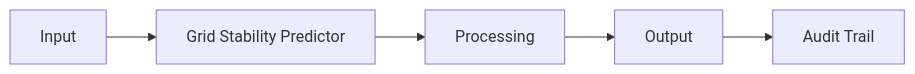
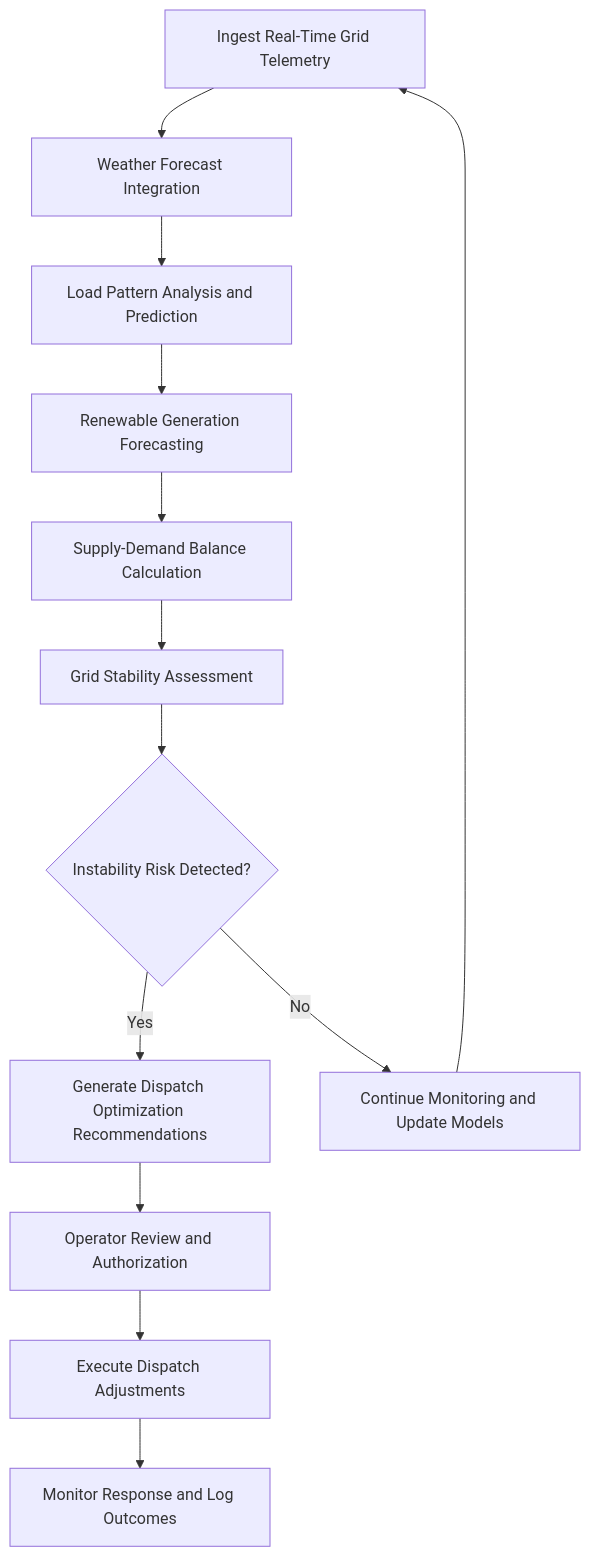
Before and after one commit to andrew-leo-2024/marketplace-docs: the diagram in docs/audiences/03-critical-infrastructure/grid-stability-predictor.mdx, drawn with Mermaid. The commit also changed other lines of this file and 401 other files, not shown here.

````diff
--- a/docs/audiences/03-critical-infrastructure/grid-stability-predictor.mdx
+++ b/docs/audiences/03-critical-infrastructure/grid-stability-predictor.mdx
@@ -29,7 +35,15 @@
 ```mermaid
-graph LR
-    A[Input] --> B[Grid Stability Predictor]
-    B --> C[Processing]
-    C --> D[Output]
-    D --> E[Audit Trail]
+graph TD
+    A[Ingest Real-Time Grid Telemetry] --> B[Weather Forecast Integration]
+    B --> C[Load Pattern Analysis and Prediction]
+    C --> D[Renewable Generation Forecasting]
+    D --> E[Supply-Demand Balance Calculation]
+    E --> F[Grid Stability Assessment]
+    F --> G{Instability Risk Detected?}
+    G -->|Yes| H[Generate Dispatch Optimization Recommendations]
+    G -->|No| I[Continue Monitoring and Update Models]
+    H --> J[Operator Review and Authorization]
+    J --> K[Execute Dispatch Adjustments]
+    K --> L[Monitor Response and Log Outcomes]
+    I --> A
 ```
````
